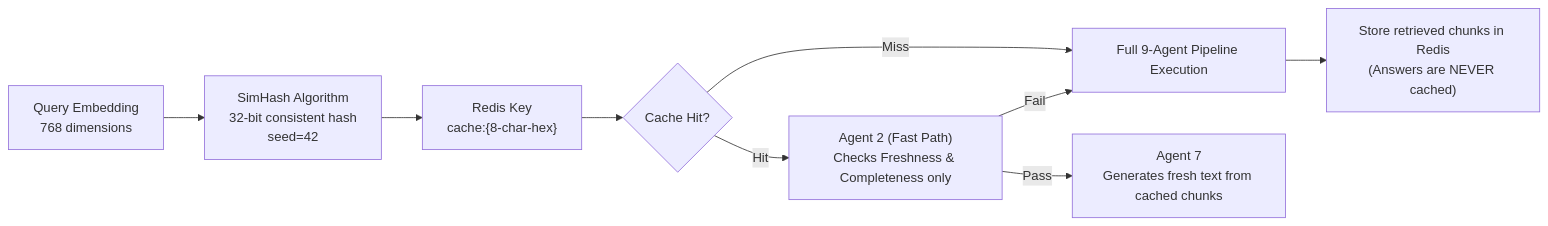
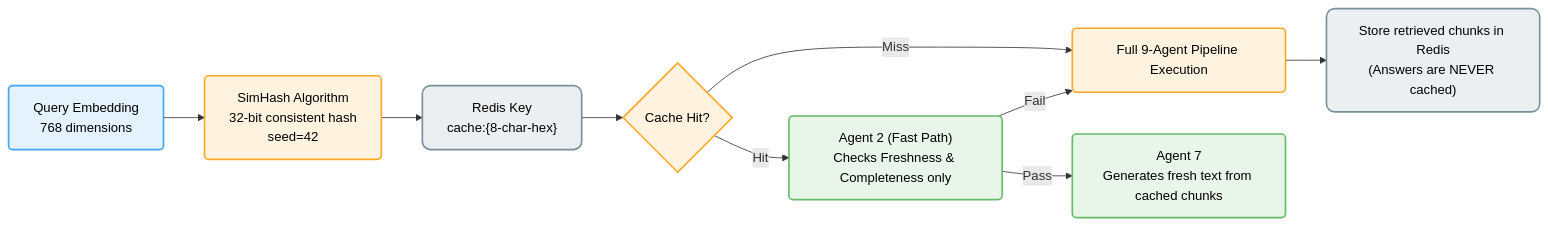
Diagram 11 of 11 in ARCHITECTURE.md (pavan939111/SelfLearning_Rag), drawn with Mermaid before and after one commit. The commit also changed other lines of this file, not shown here.

Commit message:
docs: apply pastel color grading to all diagrams in ARCHITECTURE.md to ensure high visibility and professional design

````diff
--- a/ARCHITECTURE.md
+++ b/ARCHITECTURE.md
@@ -340,11 +371,19 @@
 ```mermaid
 flowchart LR
-    Q["Query Embedding\n768 dimensions"] --> HASH["SimHash Algorithm\n32-bit consistent hash\nseed=42"]
-    HASH --> KEY["Redis Key\ncache:{8-char-hex}"]
-    KEY --> CHECK{"Cache Hit?"}
-    CHECK -->|"Hit"| VERIFY["Agent 2 (Fast Path)\nChecks Freshness & Completeness only"]
-    CHECK -->|"Miss"| FULL["Full 9-Agent Pipeline Execution"]
-    VERIFY -->|"Pass"| A7["Agent 7\nGenerates fresh text from cached chunks"]
+    classDef input fill:#e3f2fd,stroke:#42a5f5,stroke-width:2px,color:#000,rx:5px
+    classDef process fill:#fff3e0,stroke:#ffa726,stroke-width:2px,color:#000,rx:5px
+    classDef db fill:#eceff1,stroke:#78909c,stroke-width:2px,color:#000,rx:10px
+    classDef success fill:#e8f5e9,stroke:#66bb6a,stroke-width:2px,color:#000,rx:5px
+
+    Q["Query Embedding\n768 dimensions"]:::input --> HASH["SimHash Algorithm\n32-bit consistent hash\nseed=42"]:::process
+    HASH --> KEY["Redis Key\ncache:{8-char-hex}"]:::db
+    KEY --> CHECK{"Cache Hit?"}:::process
+    
+    CHECK -->|"Hit"| VERIFY["Agent 2 (Fast Path)\nChecks Freshness & Completeness only"]:::success
+    CHECK -->|"Miss"| FULL["Full 9-Agent Pipeline Execution"]:::process
+    
+    VERIFY -->|"Pass"| A7["Agent 7\nGenerates fresh text from cached chunks"]:::success
     VERIFY -->|"Fail"| FULL
-    FULL --> STORE["Store retrieved chunks in Redis\n(Answers are NEVER cached)"]
+    
+    FULL --> STORE["Store retrieved chunks in Redis\n(Answers are NEVER cached)"]:::db
 ```
````
